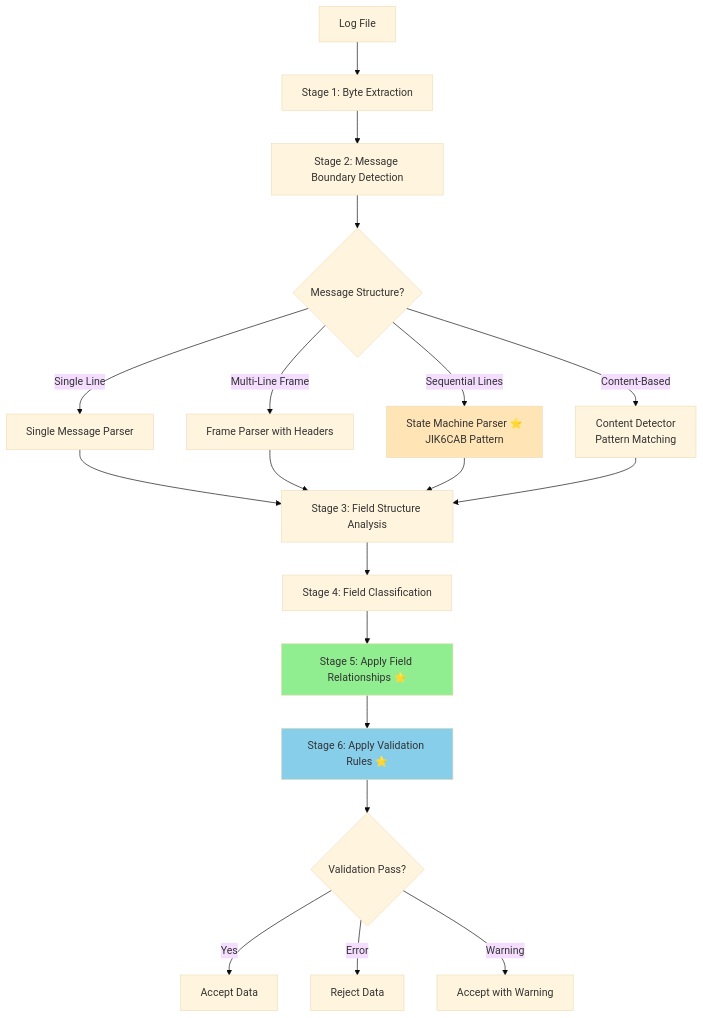
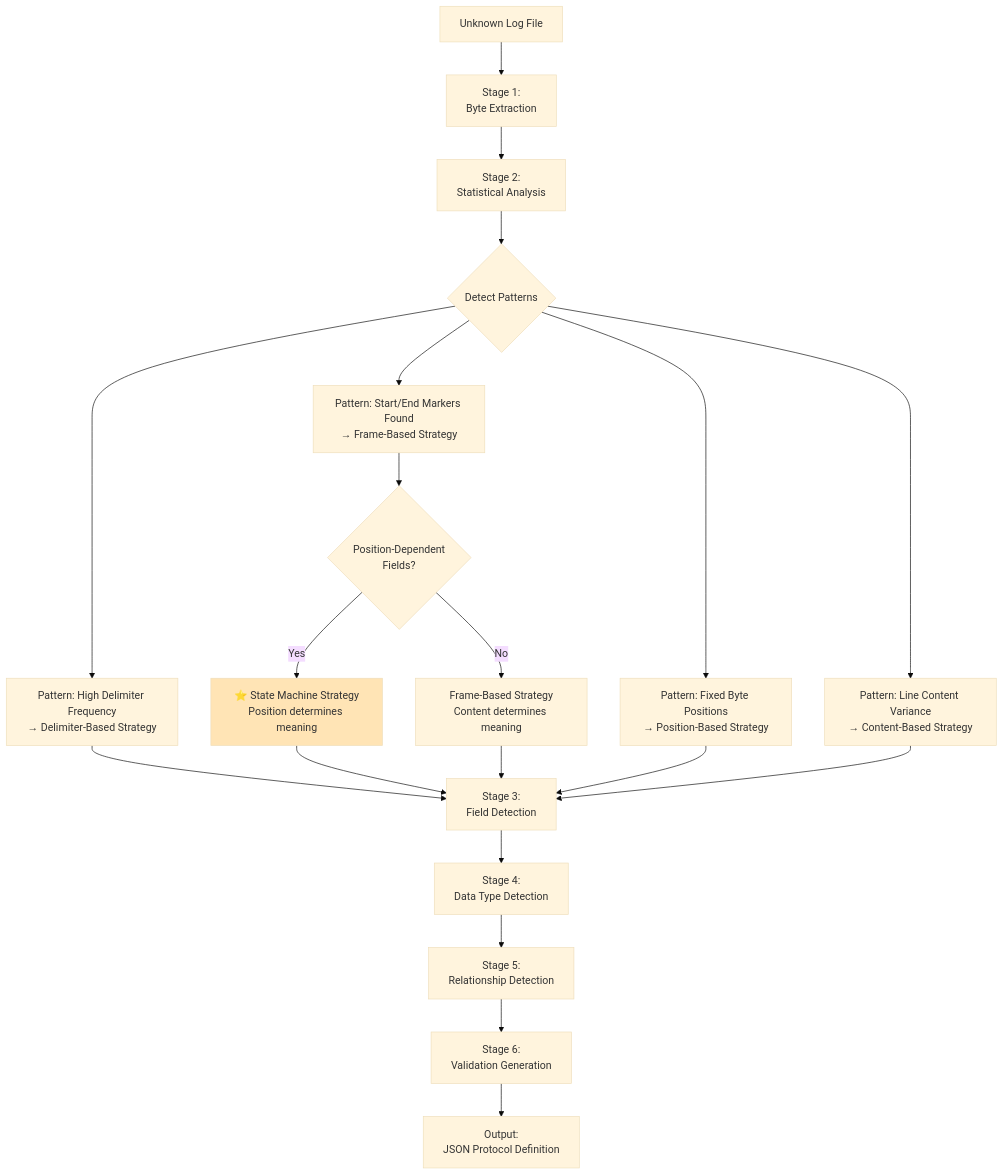
The first of 7 diagrams in Documents/ModernDesign/03-Parsing-Strategy-Analysis.md (chumpon-asaneerat/NSerialCommTools), drawn with Mermaid (base theme) before and after one commit. The commit also changed other lines of this file and 1 other file, not shown here.

First line of the commit message:
Consolidate parsing strategy documents and remove duplicate files

````diff
--- a/Documents/ModernDesign/03-Parsing-Strategy-Analysis.md
+++ b/Documents/ModernDesign/03-Parsing-Strategy-Analysis.md
@@ -41,34 +39,33 @@
 ```mermaid
 flowchart TD
-    A[Log File] --> B[Stage 1: Byte Extraction]
+    A[Unknown Log File] --> B[Stage 1:<br/>Byte Extraction]
 
-    B --> C[Stage 2: Message Boundary Detection]
+    B --> C[Stage 2:<br/>Statistical Analysis]
 
-    C --> D{Message Structure?}
+    C --> D{Detect Patterns}
 
-    D -->|Single Line| E1[Single Message Parser]
-    D -->|Multi-Line Frame| E2[Frame Parser with Headers]
-    D -->|Sequential Lines| E3[State Machine Parser ⭐<br/>JIK6CAB Pattern]
-    D -->|Content-Based| E4[Content Detector<br/>Pattern Matching]
+    D --> E1[Pattern: High Delimiter Frequency<br/>→ Delimiter-Based Strategy]
+    D --> E2[Pattern: Start/End Markers Found<br/>→ Frame-Based Strategy]
+    D --> E3[Pattern: Fixed Byte Positions<br/>→ Position-Based Strategy]
+    D --> E4[Pattern: Line Content Variance<br/>→ Content-Based Strategy]
 
-    E1 --> F[Stage 3: Field Structure Analysis]
-    E2 --> F
+    E2 --> E2A{Position-Dependent<br/>Fields?}
+    E2A -->|Yes| E2B[⭐ State Machine Strategy<br/>Position determines meaning]
+    E2A -->|No| E2C[Frame-Based Strategy<br/>Content determines meaning]
+
+    E1 --> F[Stage 3:<br/>Field Detection]
+    E2B --> F
+    E2C --> F
     E3 --> F
     E4 --> F
 
-    F --> G[Stage 4: Field Classification]
+    F --> G[Stage 4:<br/>Data Type Detection]
 
-    G --> H[Stage 5: Apply Field Relationships ⭐]
+    G --> H[Stage 5:<br/>Relationship Detection]
 
-    H --> I[Stage 6: Apply Validation Rules ⭐]
+    H --> I[Stage 6:<br/>Validation Generation]
 
-    I --> J{Validation Pass?}
+    I --> J[Output:<br/>JSON Protocol Definition]
 
-    J -->|Yes| K[Accept Data]
-    J -->|Error| L[Reject Data]
-    J -->|Warning| M[Accept with Warning]
-
-    style E3 fill:#FFE4B5
-    style H fill:#90EE90
-    style I fill:#87CEEB
+    style E2B fill:#FFE4B5
 ```
````
